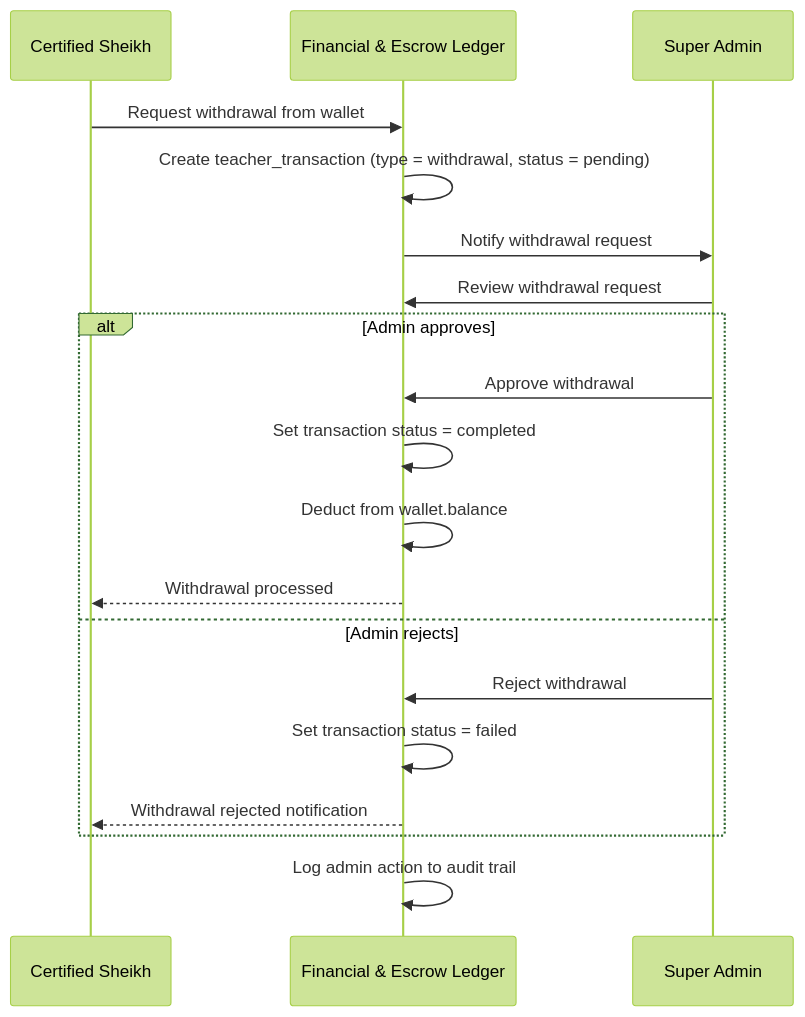
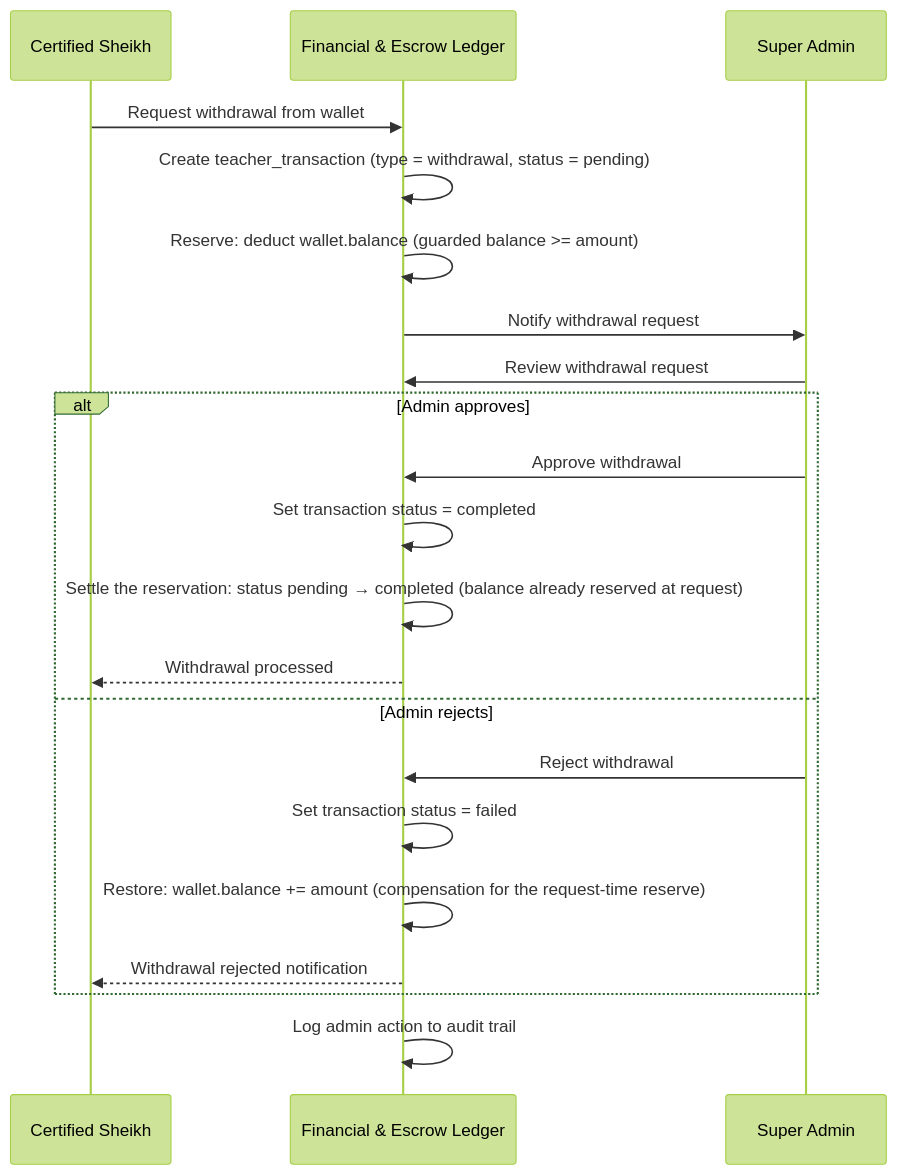
One commit to kottaby/kottaby changed the third of 3 diagrams in docs/workflows/03-session-lifecycle-escrow.md. Above: the diagram before and after it, drawn with Mermaid (forest theme). The commit also changed 6 other files, not shown here.

````diff
--- a/docs/workflows/03-session-lifecycle-escrow.md
+++ b/docs/workflows/03-session-lifecycle-escrow.md
@@ -141,22 +141,24 @@
 ```mermaid
 sequenceDiagram
     participant Teacher as Certified Sheikh
     participant System as Financial & Escrow Ledger
     participant Admin as Super Admin
 
     Teacher->>System: Request withdrawal from wallet
     System->>System: Create teacher_transaction (type = withdrawal, status = pending)
+    System->>System: Reserve: deduct wallet.balance (guarded balance >= amount)
     System->>Admin: Notify withdrawal request
     Admin->>System: Review withdrawal request
     alt Admin approves
         Admin->>System: Approve withdrawal
         System->>System: Set transaction status = completed
-        System->>System: Deduct from wallet.balance
+        System->>System: Settle the reservation: status pending → completed (balance already reserved at request)
         System-->>Teacher: Withdrawal processed
     else Admin rejects
         Admin->>System: Reject withdrawal
         System->>System: Set transaction status = failed
+        System->>System: Restore: wallet.balance += amount (compensation for the request-time reserve)
         System-->>Teacher: Withdrawal rejected notification
     end
     System->>System: Log admin action to audit trail
 ```
````
